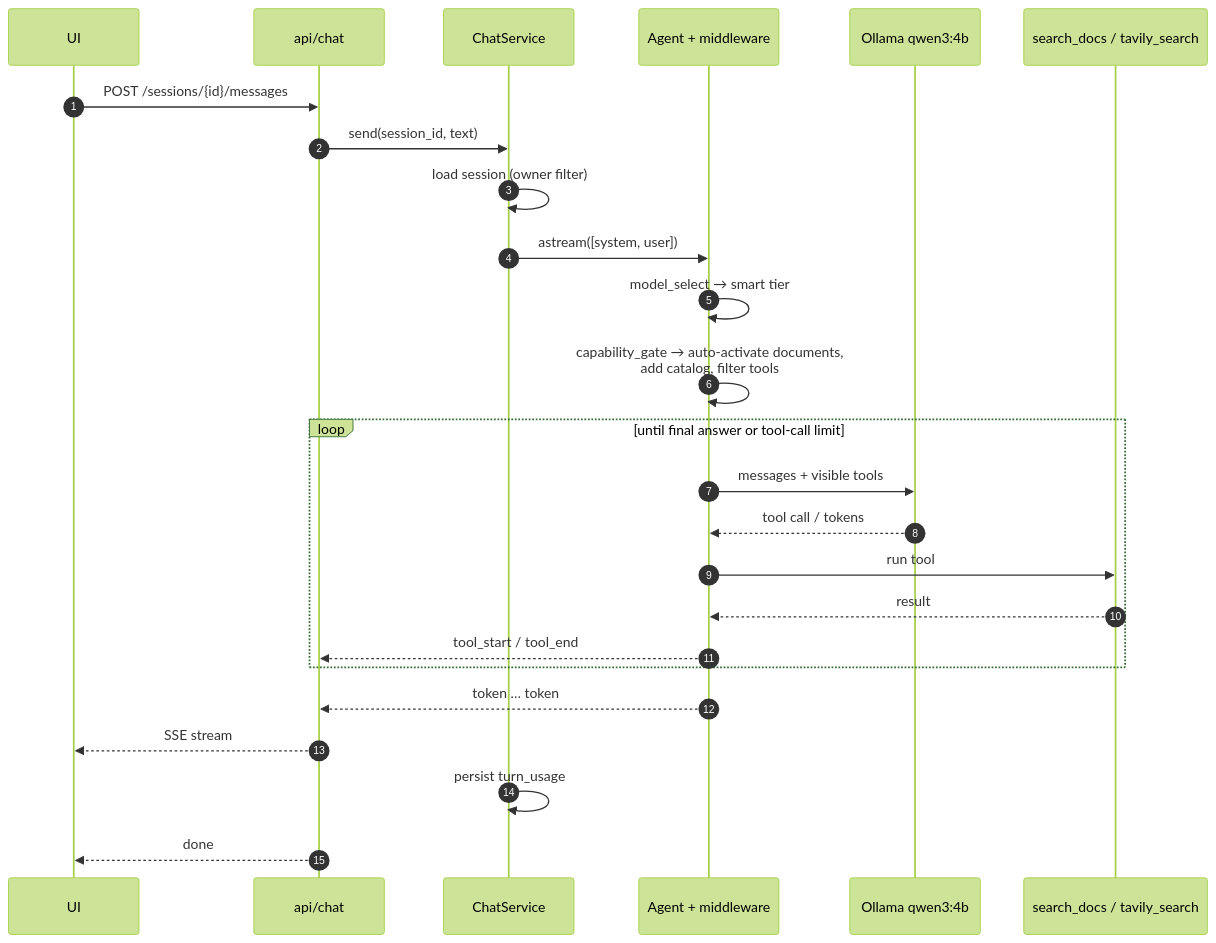
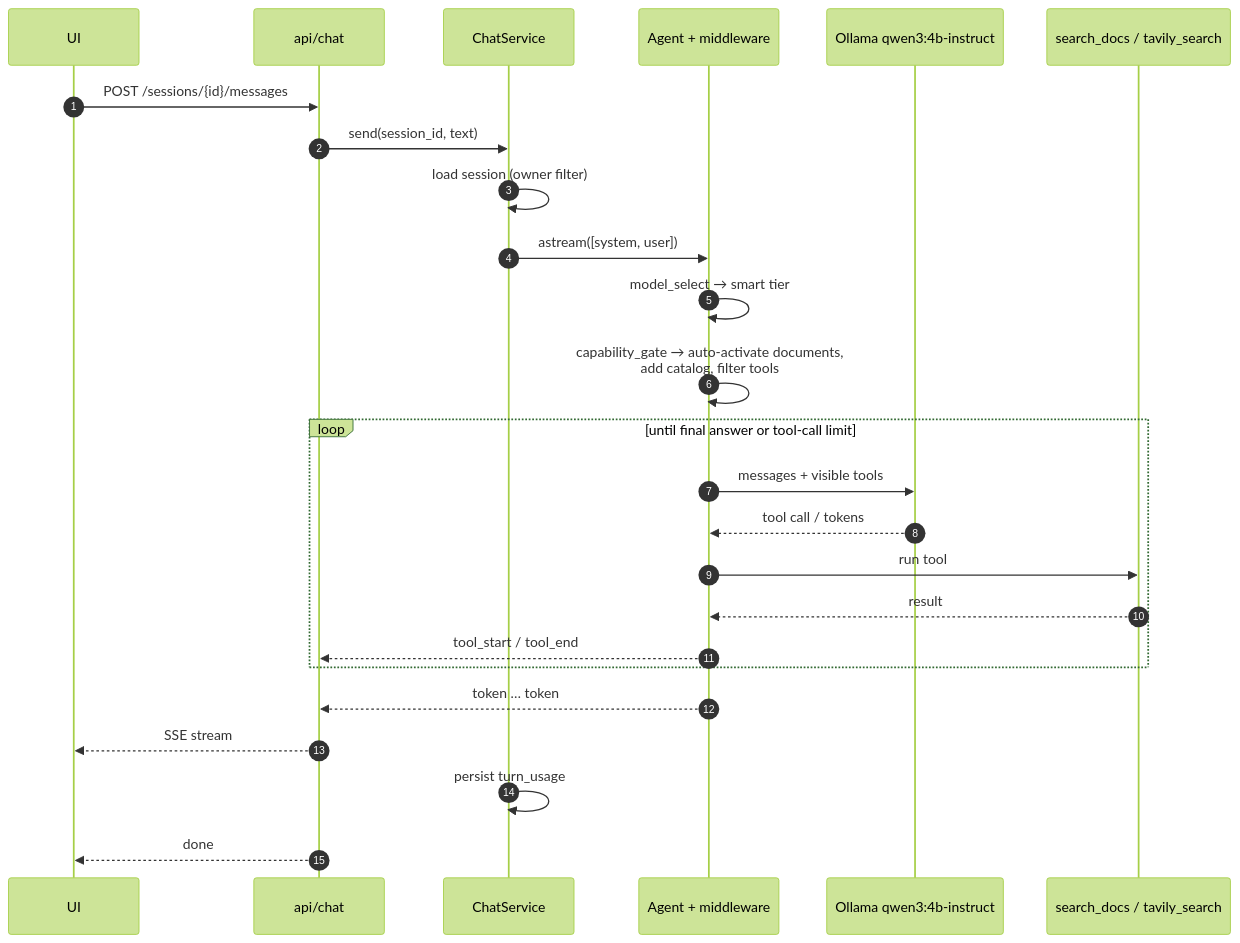
One commit to reddybharat/agentic-rag changed the third of 6 diagrams in docs/architecture.md. Above: the diagram before and after it, drawn with Mermaid (forest theme). The commit also changed other lines of this file and 32 other files, not shown here.

````diff
--- a/docs/architecture.md
+++ b/docs/architecture.md
@@ -88,28 +88,28 @@
 ```mermaid
 sequenceDiagram
     autonumber
     participant UI
     participant API as api/chat
     participant Chat as ChatService
     participant Agent as Agent + middleware
-    participant LLM as Ollama qwen3:4b
+    participant LLM as Ollama qwen3:4b-instruct
     participant Tools as search_docs / tavily_search
 
     UI->>API: POST /sessions/{id}/messages
     API->>Chat: send(session_id, text)
     Chat->>Chat: load session (owner filter)
     Chat->>Agent: astream([system, user])
     Agent->>Agent: model_select → smart tier
     Agent->>Agent: capability_gate → auto-activate documents,<br/>add catalog, filter tools
     loop until final answer or tool-call limit
         Agent->>LLM: messages + visible tools
         LLM-->>Agent: tool call / tokens
         Agent->>Tools: run tool
         Tools-->>Agent: result
         Agent-->>API: tool_start / tool_end
     end
     Agent-->>API: token … token
     API-->>UI: SSE stream
     Chat->>Chat: persist turn_usage
     API-->>UI: done
 ```
````
